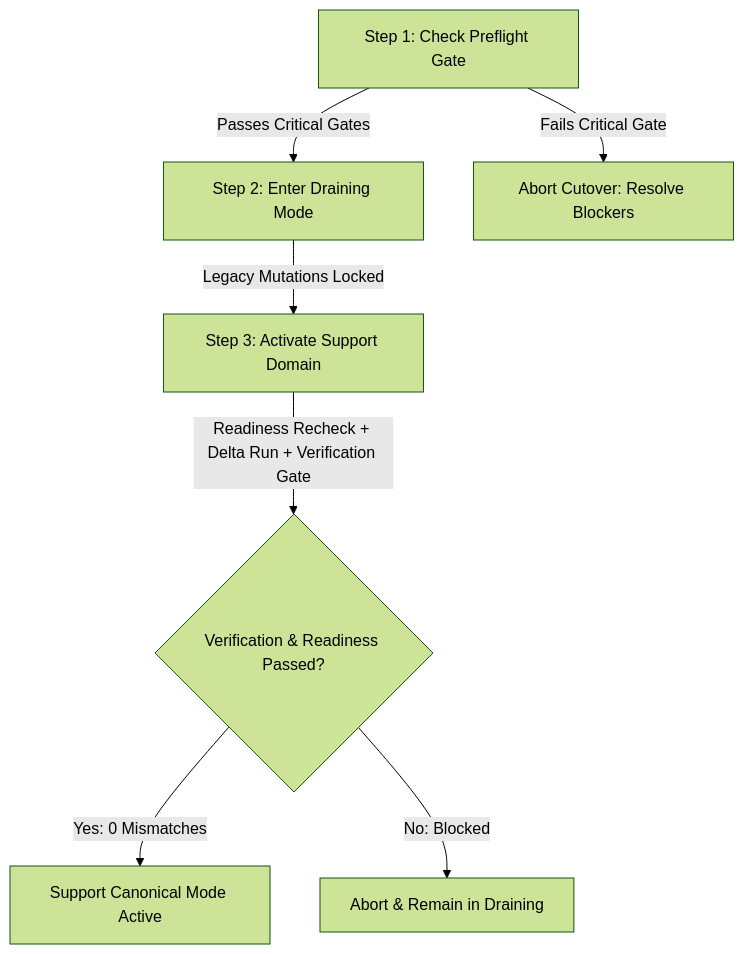
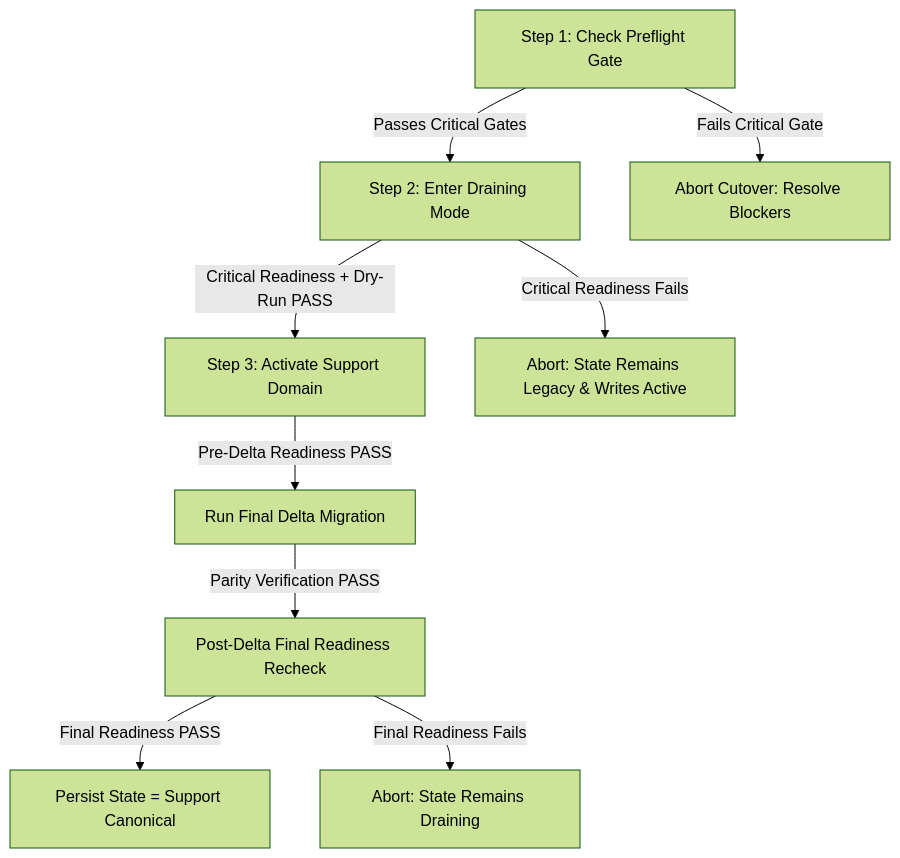
One commit to josephtersoo2-stack/6ixculture-app changed the diagram in docs/AI-SUPPORT-PHASE-10-CUTOVER-RUNBOOK.md. Above: the diagram before and after it, drawn with Mermaid (forest theme). The commit also changed other lines of this file and 8 other files, not shown here.

Commit message:
fix(support): enforce final phase 10 cutover readiness

````diff
--- a/docs/AI-SUPPORT-PHASE-10-CUTOVER-RUNBOOK.md
+++ b/docs/AI-SUPPORT-PHASE-10-CUTOVER-RUNBOOK.md
@@ -67,9 +76,11 @@
 ```mermaid
 graph TD
     A[Step 1: Check Preflight Gate] -->|Passes Critical Gates| B[Step 2: Enter Draining Mode]
     A -->|Fails Critical Gate| A1[Abort Cutover: Resolve Blockers]
-    B -->|Legacy Mutations Locked| C[Step 3: Activate Support Domain]
-    C -->|Readiness Recheck + Delta Run + Verification Gate| D{Verification & Readiness Passed?}
-    D -->|Yes: 0 Mismatches| E[Support Canonical Mode Active]
-    D -->|No: Blocked| F[Abort & Remain in Draining]
+    B -->|Critical Readiness + Dry-Run PASS| C[Step 3: Activate Support Domain]
+    B -->|Critical Readiness Fails| B1[Abort: State Remains Legacy & Writes Active]
+    C -->|Pre-Delta Readiness PASS| D[Run Final Delta Migration]
+    D -->|Parity Verification PASS| E[Post-Delta Final Readiness Recheck]
+    E -->|Final Readiness PASS| F[Persist State = Support Canonical]
+    E -->|Final Readiness Fails| G[Abort: State Remains Draining]
 ```
````
